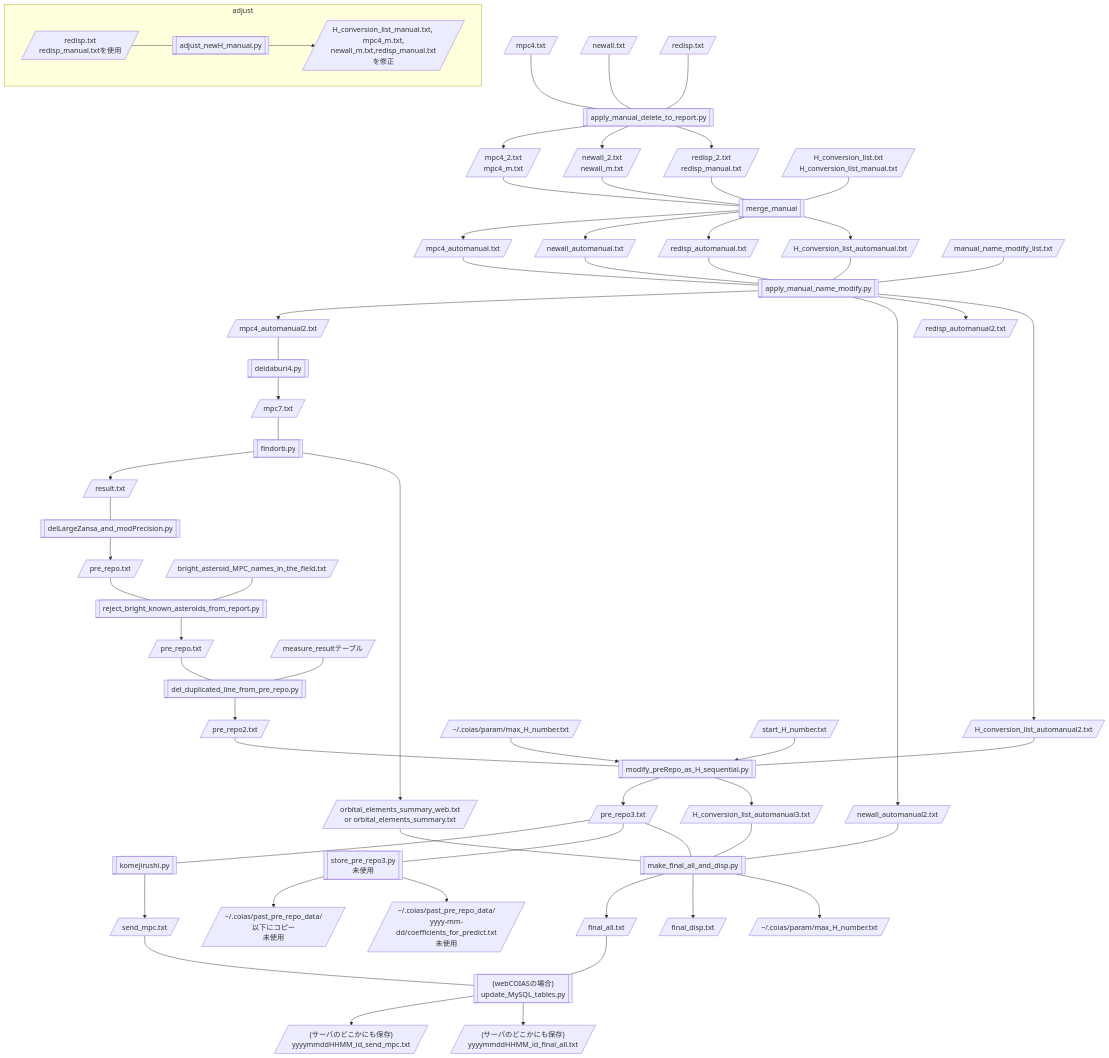
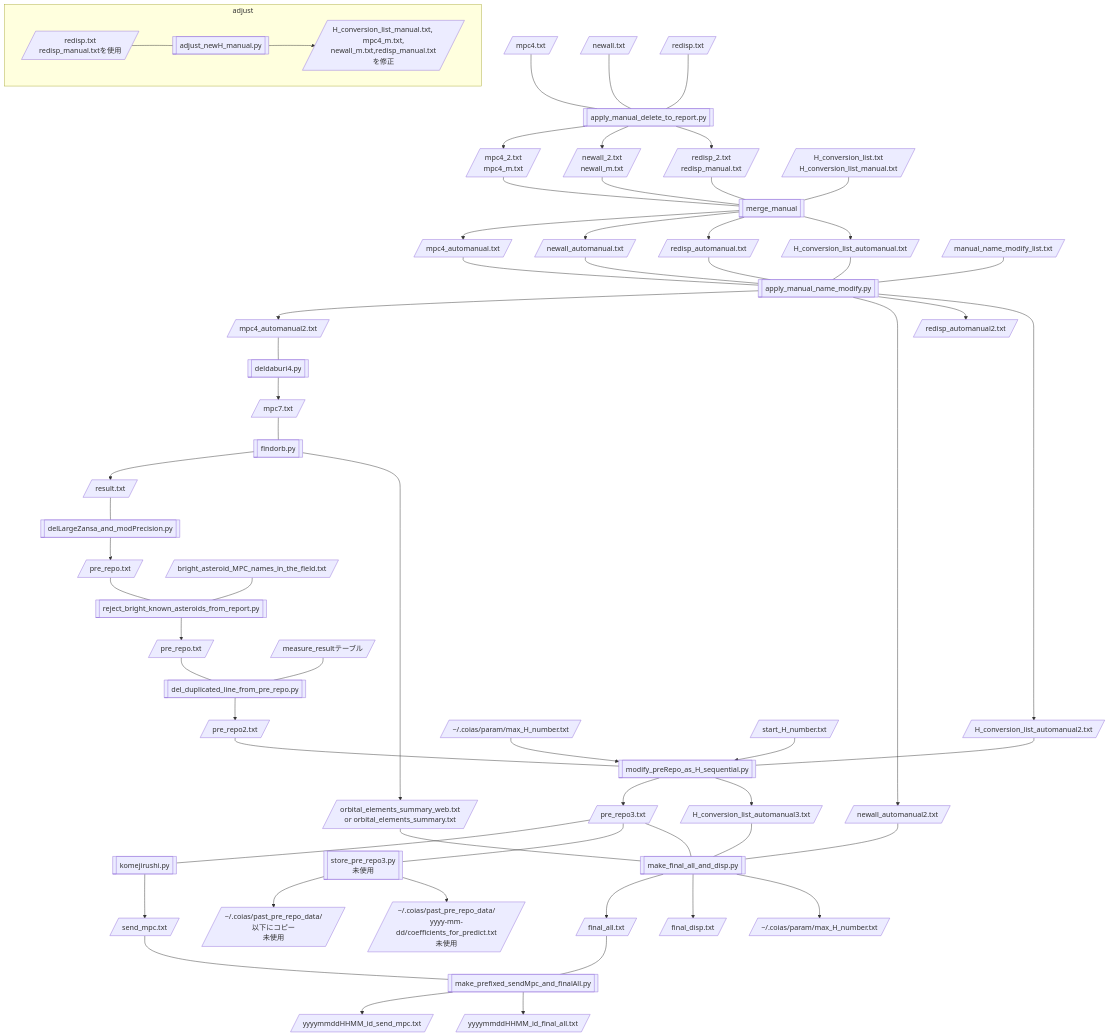
The diagram in flowcharts/flowchart7-AstsearchR_afterReCOIAS.md (COIAS-program/COIAS_program_github), drawn with Mermaid before and after one commit.

Commit message:
フローチャート更新

```diff
--- a/flowcharts/flowchart7-AstsearchR_afterReCOIAS.md
+++ b/flowcharts/flowchart7-AstsearchR_afterReCOIAS.md
@@ -62,10 +62,10 @@
     i --> k[/final_disp.txt/]
     i --> t[/"~/.coias/param/max_H_number.txt"/]
     S --- i
-    j --- u[["(webCOIASの場合)"\nupdate_MySQL_tables.py]]
+    j --- u[[make_prefixed_sendMpc_and_finalAll.py]]
     f --- u
-    u --> v[/"(サーバのどこかにも保存)"\nyyyymmddHHMM_id_send_mpc.txt/]
-    u --> w[/"(サーバのどこかにも保存)"\nyyyymmddHHMM_id_final_all.txt/]
+    u --> v[/yyyymmddHHMM_id_send_mpc.txt/]
+    u --> w[/yyyymmddHHMM_id_final_all.txt/]
 
     click B1 "https://github.com/COIAS-program/COIAS_program_github/blob/main/src7_AstsearchR_afterReCOIAS/adjust_newH_manual.py"
     click B "https://github.com/COIAS-program/COIAS_program_github/blob/main/src7_AstsearchR_afterReCOIAS/merge_manual"
```
